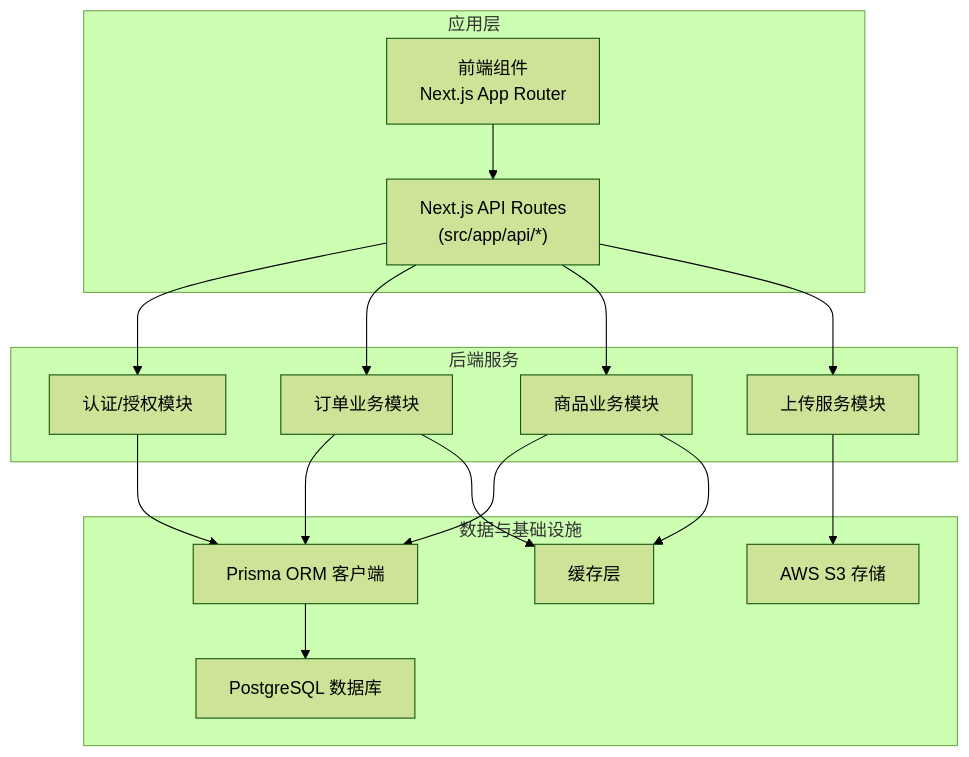
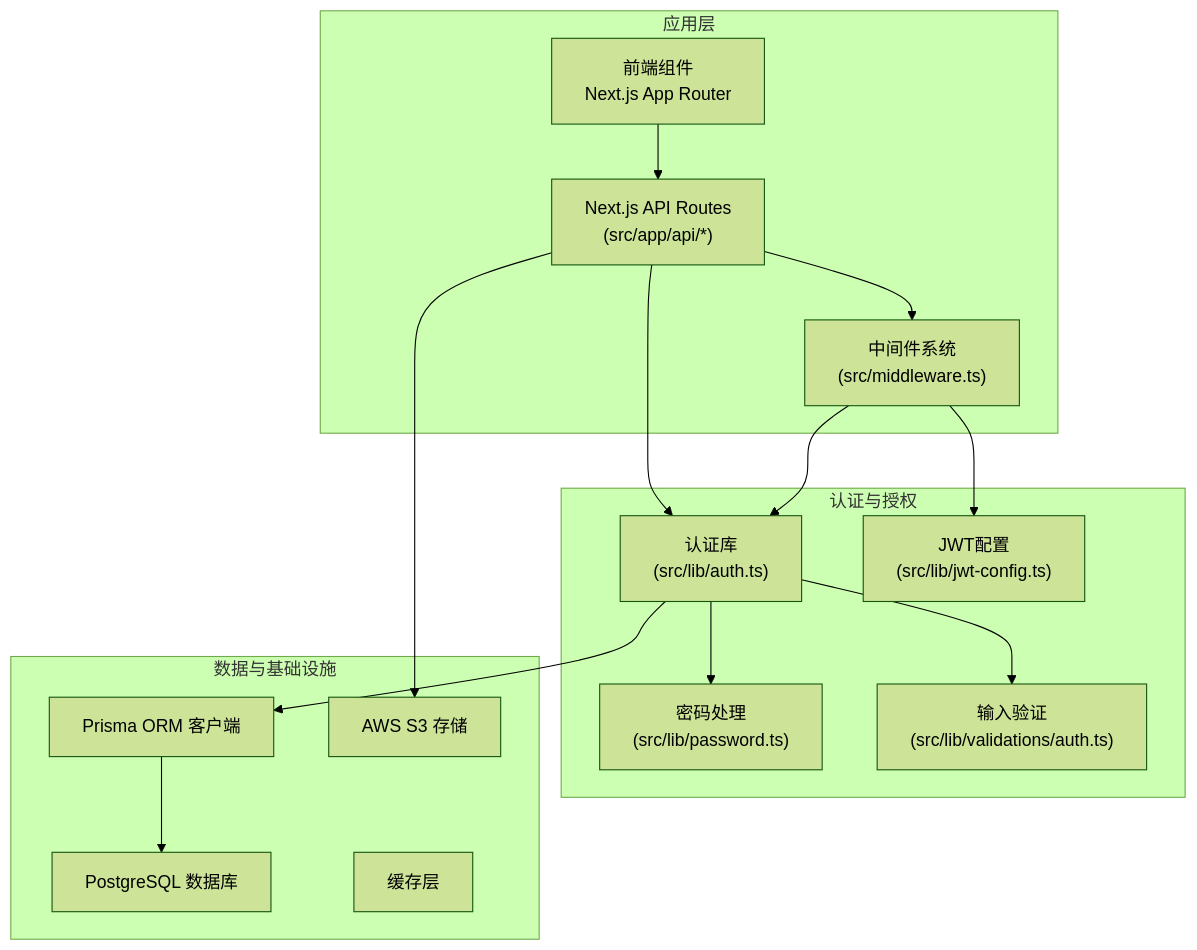
The first of 6 diagrams in .qoder/repowiki/zh/content/架构设计/后端架构设计.md (three3638-arch/celestia_2b), drawn with Mermaid (forest theme) before and after one commit. The commit also changed other lines of this file and 17 other files, not shown here.

````diff
--- a/.qoder/repowiki/zh/content/架构设计/后端架构设计.md
+++ b/.qoder/repowiki/zh/content/架构设计/后端架构设计.md
@@ -36,31 +45,30 @@
 ```mermaid
 graph TB
 subgraph "应用层"
 UI["前端组件<br/>Next.js App Router"]
 API["Next.js API Routes<br/>(src/app/api/*)"]
+Middleware["中间件系统<br/>(src/middleware.ts)"]
 end
-subgraph "后端服务"
-Auth["认证/授权模块"]
-Orders["订单业务模块"]
-Products["商品业务模块"]
-Upload["上传服务模块"]
+subgraph "认证与授权"
+AuthLib["认证库<br/>(src/lib/auth.ts)"]
+JWTConfig["JWT配置<br/>(src/lib/jwt-config.ts)"]
+Password["密码处理<br/>(src/lib/password.ts)"]
+Validations["输入验证<br/>(src/lib/validations/auth.ts)"]
 end
 subgraph "数据与基础设施"
 Prisma["Prisma ORM 客户端"]
 PG["PostgreSQL 数据库"]
 S3["AWS S3 存储"]
 Cache["缓存层"]
 end
 UI --> API
-API --> Auth
-API --> Orders
-API --> Products
-API --> Upload
-Auth --> Prisma
-Orders --> Prisma
-Products --> Prisma
-Upload --> S3
+API --> AuthLib
+API --> Middleware
+AuthLib --> Prisma
+Middleware --> JWTConfig
+Middleware --> AuthLib
+AuthLib --> Password
+AuthLib --> Validations
 Prisma --> PG
-Orders --> Cache
-Products --> Cache
+API --> S3
 ```
````
